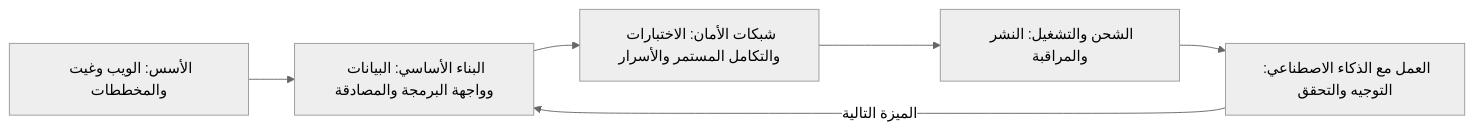
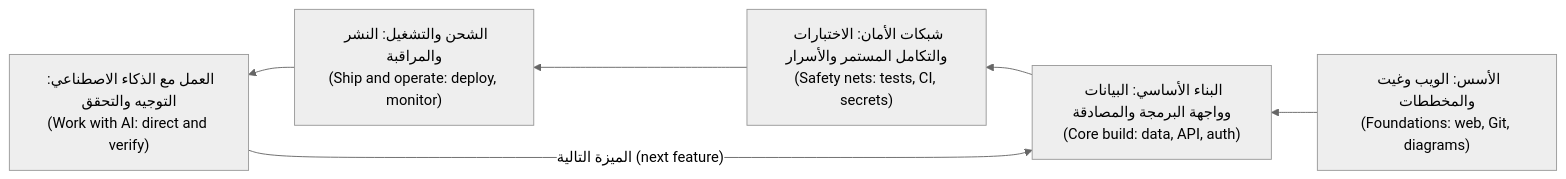
Before and after one commit to Tamoura/system-design-for-vibe-coders: the first of 4 diagrams in career/modules/02-paths.ar.md, drawn with Mermaid (neutral theme). The commit also changed other lines of this file and 20 other files, not shown here.

First line of the commit message:
New courses: Arabic diagrams read right-to-left with English labels (modules 0–6)

````diff
--- a/career/modules/02-paths.ar.md
+++ b/career/modules/02-paths.ar.md
@@ -68,8 +68,8 @@
 ```mermaid
-flowchart LR
-    A["الأسس: الويب وغيت والمخططات"] --> B["البناء الأساسي: البيانات وواجهة البرمجة والمصادقة"]
-    B --> C["شبكات الأمان: الاختبارات والتكامل المستمر والأسرار"]
-    C --> D["الشحن والتشغيل: النشر والمراقبة"]
-    D --> E["العمل مع الذكاء الاصطناعي: التوجيه والتحقق"]
-    E -->|"الميزة التالية"| B
+flowchart RL
+    A["الأسس: الويب وغيت والمخططات<br/>(Foundations: web, Git, diagrams)"] --> B["البناء الأساسي: البيانات وواجهة البرمجة والمصادقة<br/>(Core build: data, API, auth)"]
+    B --> C["شبكات الأمان: الاختبارات والتكامل المستمر والأسرار<br/>(Safety nets: tests, CI, secrets)"]
+    C --> D["الشحن والتشغيل: النشر والمراقبة<br/>(Ship and operate: deploy, monitor)"]
+    D --> E["العمل مع الذكاء الاصطناعي: التوجيه والتحقق<br/>(Work with AI: direct and verify)"]
+    E -->|"الميزة التالية (next feature)"| B
 ```
````
